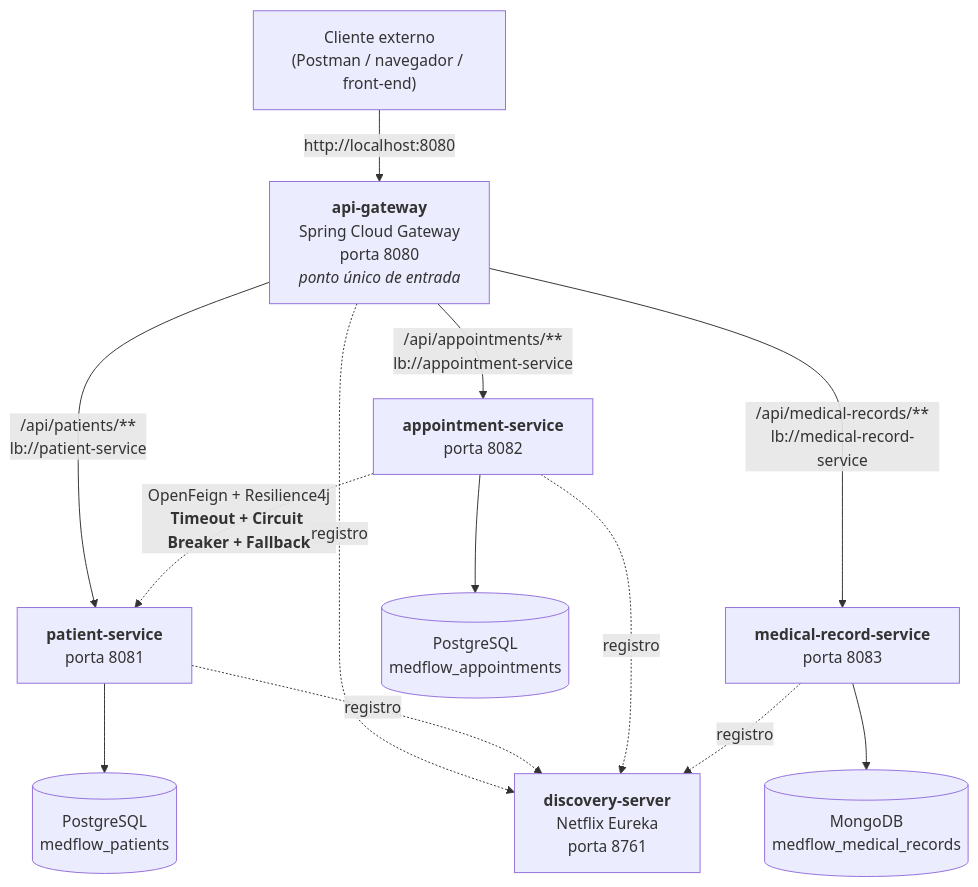
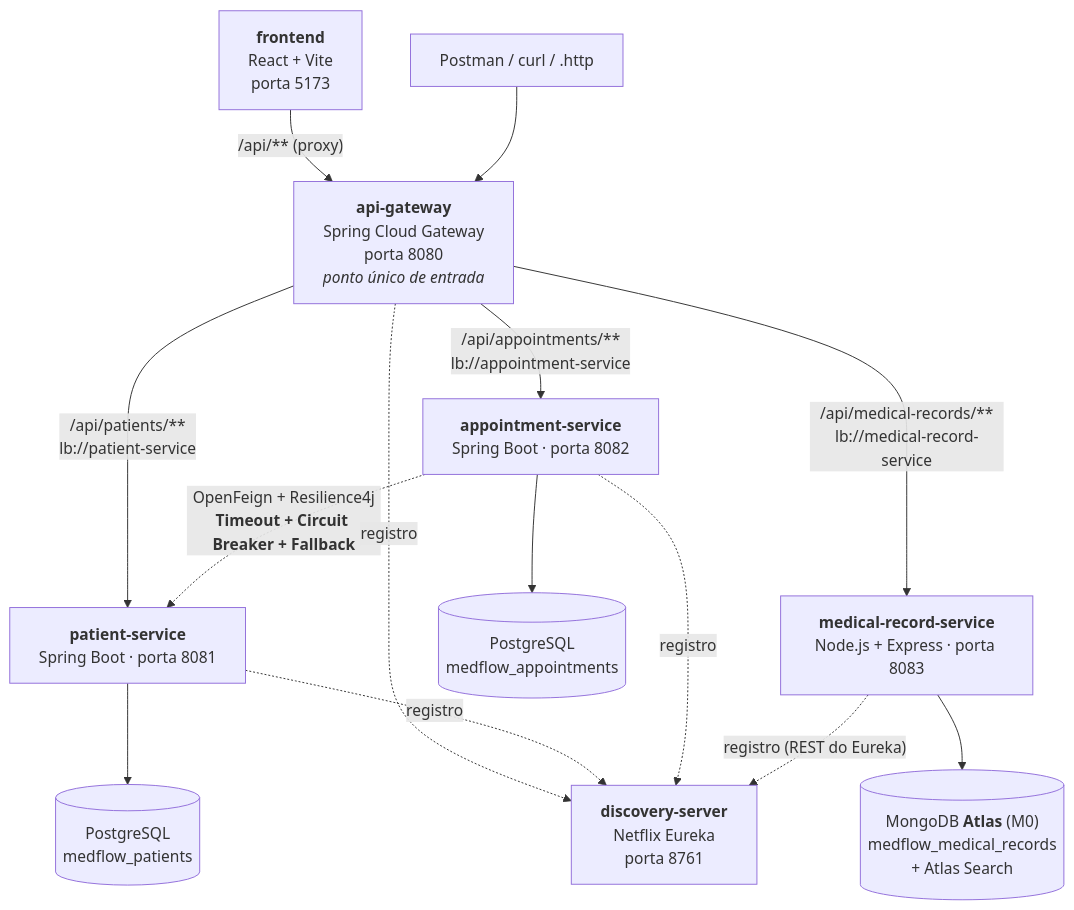
The diagram in README.md (MariiMariis/TP1-MICROSSERVICOS), drawn with Mermaid before and after one commit. The commit also changed other lines of this file and 68 other files, not shown here.

First line of the commit message:
Entrega 2: front-end React e prontuário em Node.js sobre MongoDB Atlas

````diff
--- a/README.md
+++ b/README.md
@@ -69,16 +71,17 @@
 ```mermaid
 graph TD
- C["Cliente externo<br/>(Postman / navegador / front-end)"]
- C -->|"http://localhost:8080"| GW["<b>api-gateway</b><br/>Spring Cloud Gateway<br/>porta 8080<br/><i>ponto único de entrada</i>"]
- GW -->|"/api/patients/**<br/>lb://patient-service"| PS["<b>patient-service</b><br/>porta 8081"]
- GW -->|"/api/appointments/**<br/>lb://appointment-service"| AS["<b>appointment-service</b><br/>porta 8082"]
- GW -->|"/api/medical-records/**<br/>lb://medical-record-service"| MS["<b>medical-record-service</b><br/>porta 8083"]
+ FE["<b>frontend</b><br/>React + Vite<br/>porta 5173"]
+ FE -->|"/api/** (proxy)"| GW["<b>api-gateway</b><br/>Spring Cloud Gateway<br/>porta 8080<br/><i>ponto único de entrada</i>"]
+ C["Postman / curl / .http"] --> GW
+ GW -->|"/api/patients/**<br/>lb://patient-service"| PS["<b>patient-service</b><br/>Spring Boot · porta 8081"]
+ GW -->|"/api/appointments/**<br/>lb://appointment-service"| AS["<b>appointment-service</b><br/>Spring Boot · porta 8082"]
+ GW -->|"/api/medical-records/**<br/>lb://medical-record-service"| MS["<b>medical-record-service</b><br/>Node.js + Express · porta 8083"]
  AS -.->|"OpenFeign + Resilience4j<br/><b>Timeout + Circuit Breaker + Fallback</b>"| PS
  PS --> PDB[("PostgreSQL<br/>medflow_patients")]
  AS --> ADB[("PostgreSQL<br/>medflow_appointments")]
- MS --> MDB[("MongoDB<br/>medflow_medical_records")]
+ MS --> MDB[("MongoDB <b>Atlas</b> (M0)<br/>medflow_medical_records<br/>+ Atlas Search")]
  GW -.->|registro| EU["<b>discovery-server</b><br/>Netflix Eureka<br/>porta 8761"]
  PS -.->|registro| EU
  AS -.->|registro| EU
- MS -.->|registro| EU
+ MS -.->|"registro (REST do Eureka)"| EU
 ```
````
